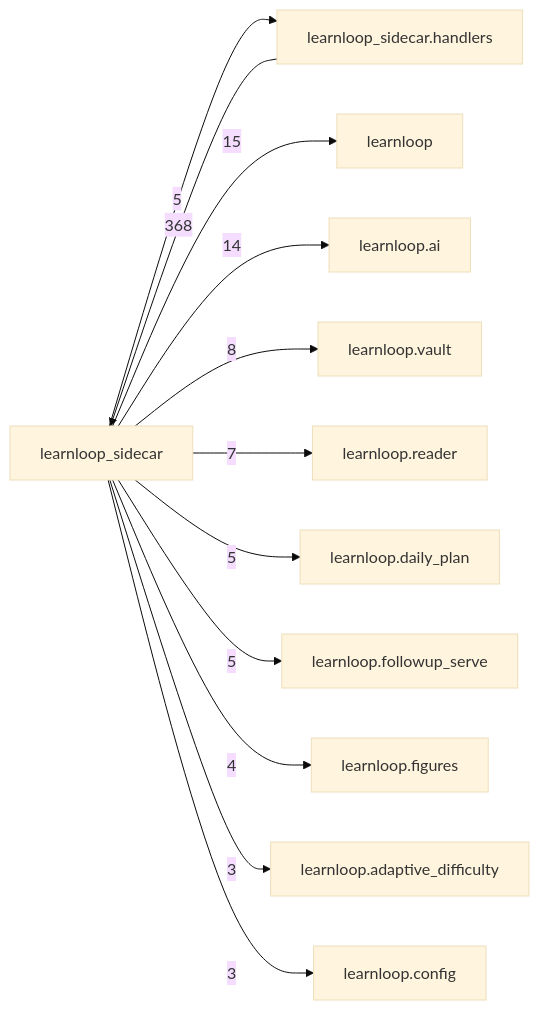
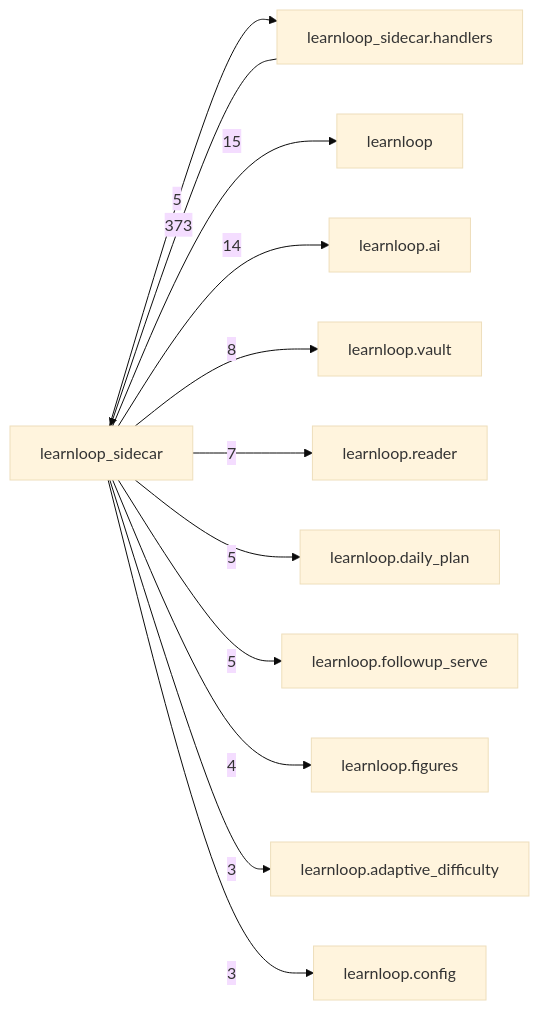
One commit to 6up-b/learnanything changed the diagram in docs/learnloop-architecture-vault/Reference/Modules/learnloop_sidecar/_package.md. Above: the diagram before and after it, drawn with Mermaid (base theme). The commit also changed other lines of this file and 201 other files, not shown here.

````diff
--- a/docs/learnloop-architecture-vault/Reference/Modules/learnloop_sidecar/_package.md
+++ b/docs/learnloop-architecture-vault/Reference/Modules/learnloop_sidecar/_package.md
@@ -133,25 +133,25 @@
 ```mermaid
 flowchart LR
     center["learnloop_sidecar"]
     n_learnloop_sidecar_handlers["learnloop_sidecar.handlers"]
     n_learnloop["learnloop"]
     n_learnloop_ai["learnloop.ai"]
     n_learnloop_vault["learnloop.vault"]
     n_learnloop_reader["learnloop.reader"]
     n_learnloop_daily_plan["learnloop.daily_plan"]
     n_learnloop_followup_serve["learnloop.followup_serve"]
     n_learnloop_figures["learnloop.figures"]
     n_learnloop_adaptive_difficulty["learnloop.adaptive_difficulty"]
     n_learnloop_config["learnloop.config"]
-    n_learnloop_sidecar_handlers -->|368| center
+    n_learnloop_sidecar_handlers -->|373| center
     center -->|5| n_learnloop_sidecar_handlers
     center -->|15| n_learnloop
     center -->|14| n_learnloop_ai
     center -->|8| n_learnloop_vault
     center -->|7| n_learnloop_reader
     center -->|5| n_learnloop_daily_plan
     center -->|5| n_learnloop_followup_serve
     center -->|4| n_learnloop_figures
     center -->|3| n_learnloop_adaptive_difficulty
     center -->|3| n_learnloop_config
 ```
````
